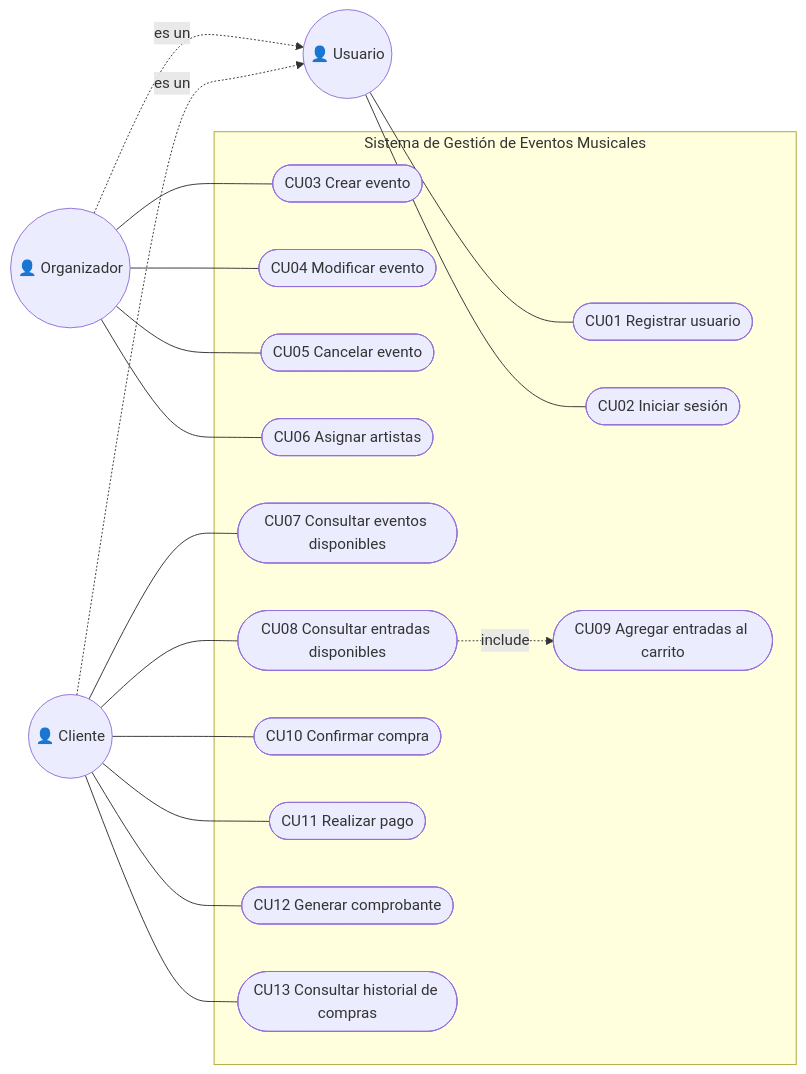
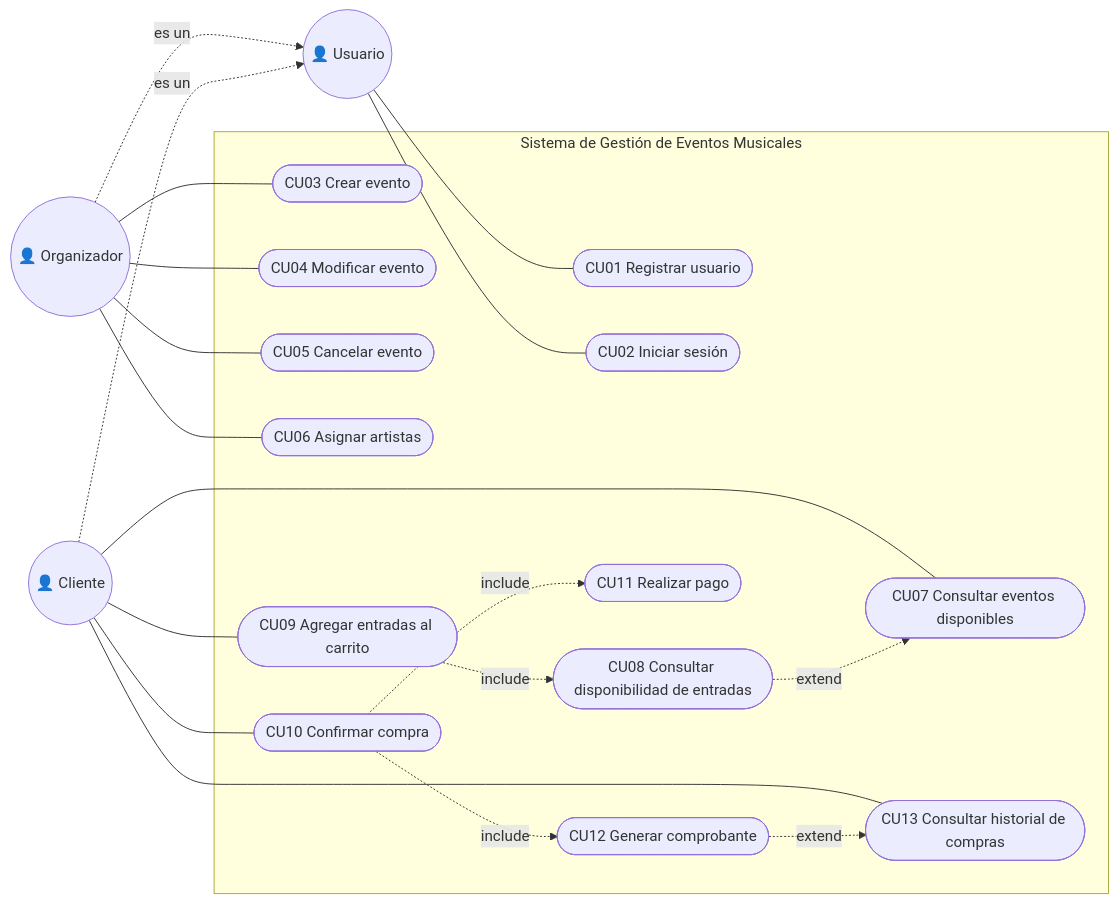
The diagram in docs/casos-de-uso.md (AgustinSimonenco/gestion-eventos-musicales), drawn with Mermaid before and after one commit. The commit also changed other lines of this file and 1 other file, not shown here.

````diff
--- a/docs/casos-de-uso.md
+++ b/docs/casos-de-uso.md
@@ -5,39 +5,42 @@
 ```mermaid
 flowchart LR
     U(("👤 Usuario"))
     O(("👤 Organizador"))
     C(("👤 Cliente"))
 
     O -. es un .-> U
     C -. es un .-> U
 
     subgraph Sistema de Gestión de Eventos Musicales
         CU01([CU01 Registrar usuario])
         CU02([CU02 Iniciar sesión])
         CU03([CU03 Crear evento])
         CU04([CU04 Modificar evento])
         CU05([CU05 Cancelar evento])
         CU06([CU06 Asignar artistas])
         CU07([CU07 Consultar eventos disponibles])
-        CU08([CU08 Consultar entradas disponibles])
+        CU08([CU08 Consultar disponibilidad de entradas])
         CU09([CU09 Agregar entradas al carrito])
         CU10([CU10 Confirmar compra])
         CU11([CU11 Realizar pago])
         CU12([CU12 Generar comprobante])
         CU13([CU13 Consultar historial de compras])
     end
 
     U --- CU01
     U --- CU02
     O --- CU03
     O --- CU04
     O --- CU05
     O --- CU06
     C --- CU07
-    C --- CU08
+    C --- CU09
     C --- CU10
-    C --- CU11
-    C --- CU12
     C --- CU13
-    CU08 -. include .-> CU09
+
+    CU08 -. extend .-> CU07
+    CU09 -. include .-> CU08
+    CU10 -. include .-> CU11
+    CU10 -. include .-> CU12
+    CU12 -. extend .-> CU13
 ```
````
